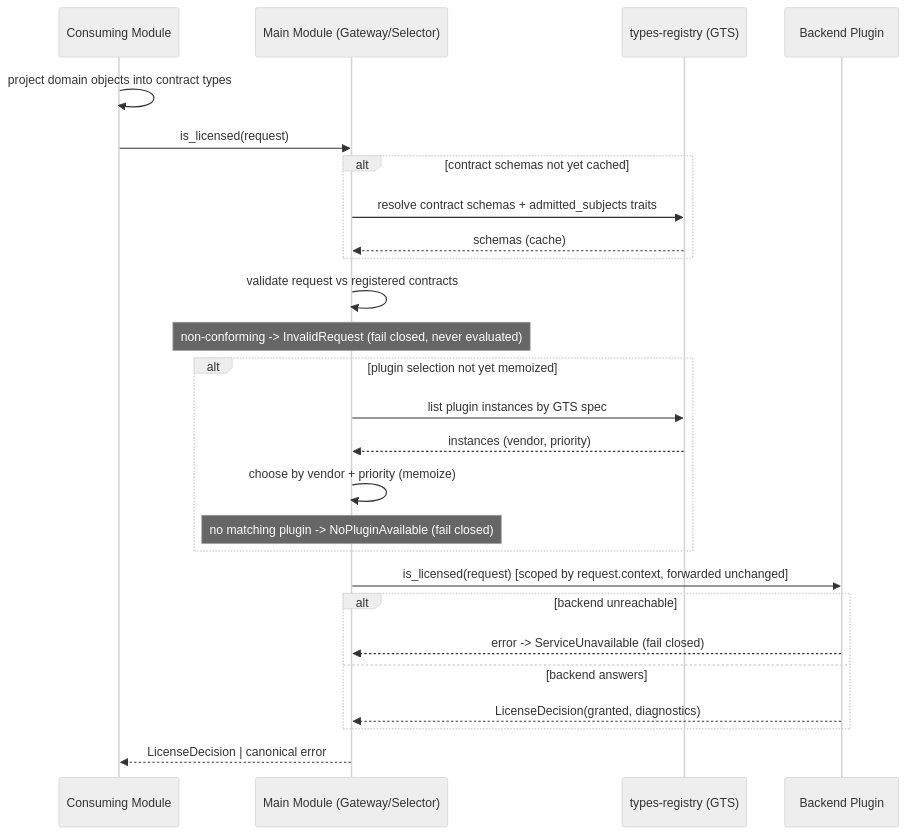
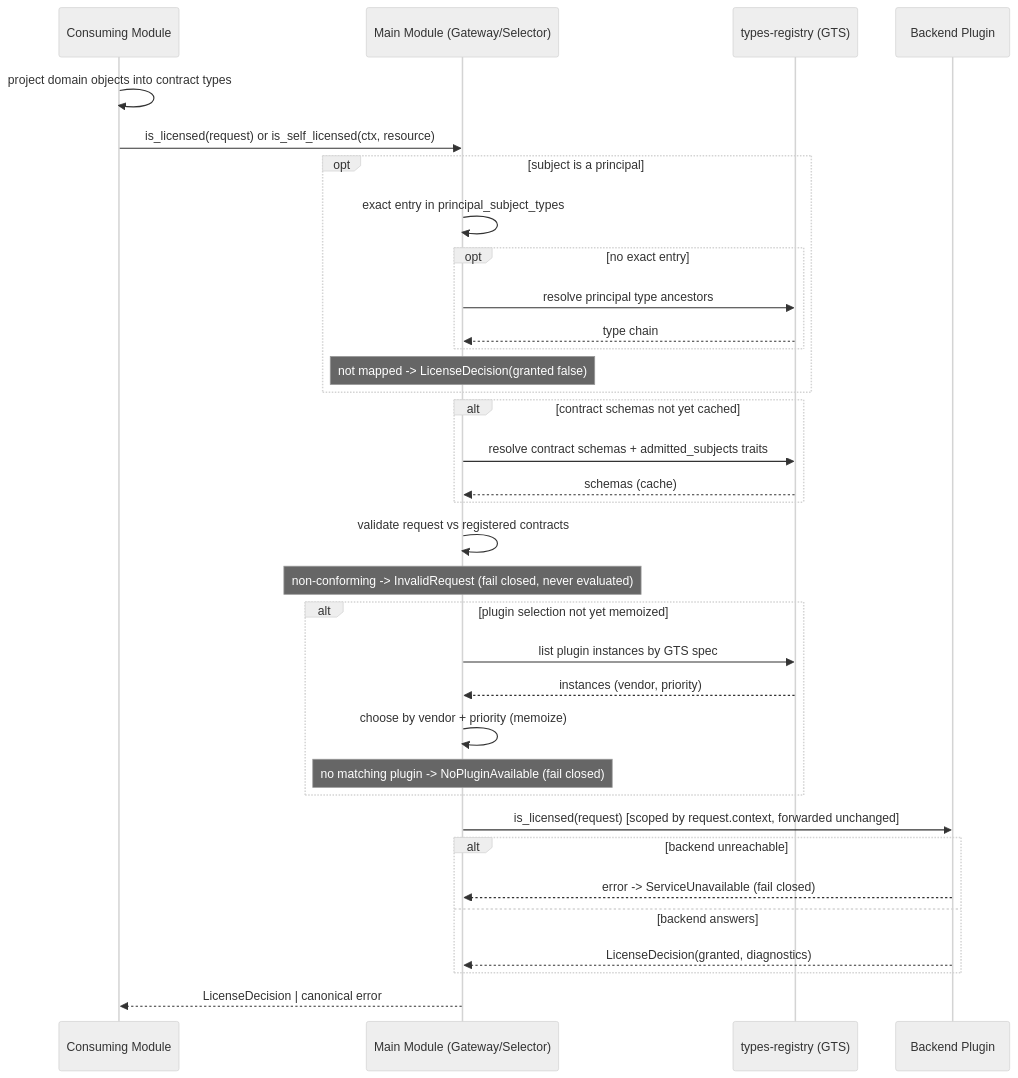
The diagram in gears/system/license-resolver/docs/DESIGN.md (constructorfabric/gears-rust), drawn with Mermaid (neutral theme) before and after one commit. The commit also changed other lines of this file and 29 other files, not shown here.

Commit message:
feat(license-resolver)!: support principal to subject mapping

````diff
--- a/gears/system/license-resolver/docs/DESIGN.md
+++ b/gears/system/license-resolver/docs/DESIGN.md
@@ -475,28 +513,36 @@
 ```mermaid
 sequenceDiagram
     participant C as Consuming Module
     participant G as Main Module (Gateway/Selector)
     participant R as types-registry (GTS)
     participant P as Backend Plugin
     C ->> C: project domain objects into contract types
-    C ->> G: is_licensed(request)
+    C ->> G: is_licensed(request) or is_self_licensed(ctx, resource)
+    opt subject is a principal
+        G ->> G: exact entry in principal_subject_types
+        opt no exact entry
+            G ->> R: resolve principal type ancestors
+            R -->> G: type chain
+        end
+        Note over G: not mapped -> LicenseDecision(granted false)
+    end
     alt contract schemas not yet cached
         G ->> R: resolve contract schemas + admitted_subjects traits
         R -->> G: schemas (cache)
     end
     G ->> G: validate request vs registered contracts
     Note over G: non-conforming -> InvalidRequest (fail closed, never evaluated)
     alt plugin selection not yet memoized
         G ->> R: list plugin instances by GTS spec
         R -->> G: instances (vendor, priority)
         G ->> G: choose by vendor + priority (memoize)
         Note over G: no matching plugin -> NoPluginAvailable (fail closed)
     end
     G ->> P: is_licensed(request) [scoped by request.context, forwarded unchanged]
     alt backend unreachable
         P -->> G: error -> ServiceUnavailable (fail closed)
     else backend answers
         P -->> G: LicenseDecision(granted, diagnostics)
     end
     G -->> C: LicenseDecision | canonical error
 ```
````
